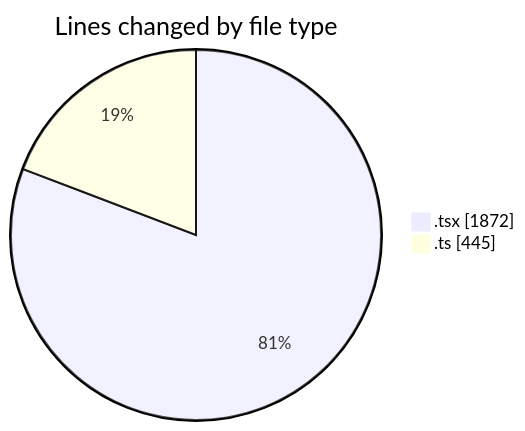
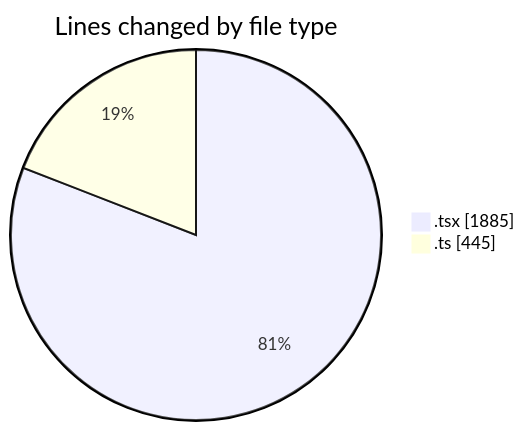
Before and after one commit to robertbonfada/code-tracking: the first of 2 diagrams in 2025-01-30/mbc-web/README.md, drawn with Mermaid. The commit also changed other lines of this file and 1 other file, not shown here.

````diff
--- a/2025-01-30/mbc-web/README.md
+++ b/2025-01-30/mbc-web/README.md
@@ -30,6 +30,6 @@
 ```mermaid
 pie showData
 title Lines changed by file type
-".tsx" : 1872
+".tsx" : 1885
 ".ts" : 445
 ```
````
